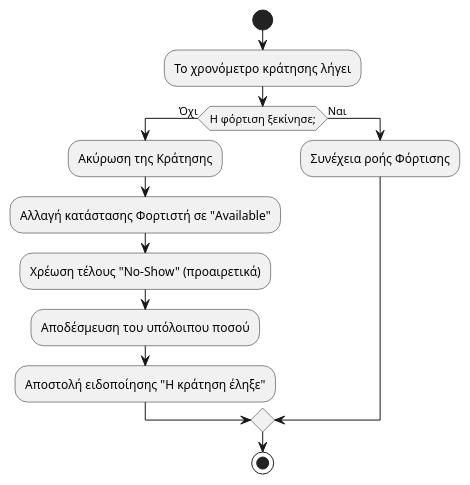
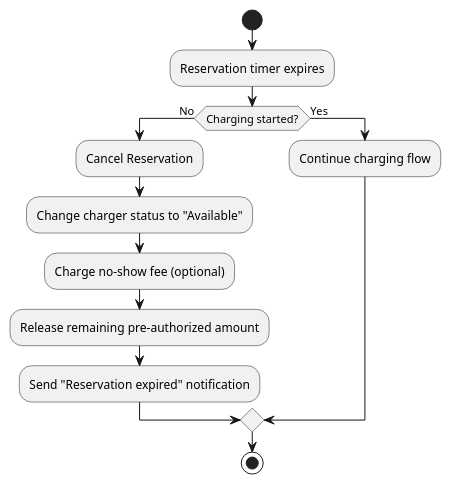
Before and after one commit to sotiriskavadakis/softeng25-42: the third of 3 diagrams in documentation/SRS.md, drawn with PlantUML. The commit also changed other lines of this file, not shown here.

Commit message:
alternate flows for use case 2

````diff
--- a/documentation/SRS.md
+++ b/documentation/SRS.md
@@ -336,16 +336,16 @@
 ```plantuml
 @startuml
 start
-:Το χρονόμετρο κράτησης λήγει;
-if (Η φόρτιση ξεκίνησε;) then (Όχι)
-  :Ακύρωση της Κράτησης;
-  :Αλλαγή κατάστασης Φορτιστή σε "Available";
-  :Χρέωση τέλους "No-Show" (προαιρετικά);
-  :Αποδέσμευση του υπόλοιπου ποσού;
-  :Αποστολή ειδοποίησης "Η κράτηση έληξε";
-else (Ναι)
-  :Συνέχεια ροής Φόρτισης;
+:Reservation timer expires;
+if (Charging started?) then (No)
+  :Cancel Reservation;
+  :Change charger status to "Available";
+  :Charge no-show fee (optional);
+  :Release remaining pre-authorized amount;
+  :Send "Reservation expired" notification;
+else (Yes)
+  :Continue charging flow;
 endif
 stop
 @enduml
 ```
````
